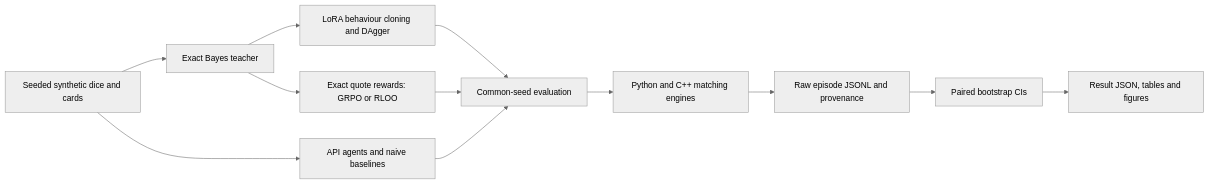
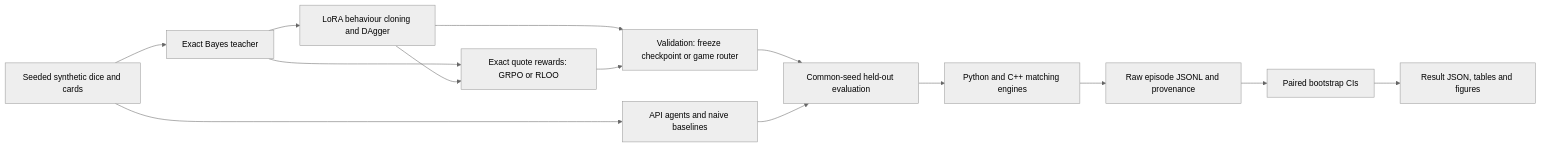
Before and after one commit to ncoprod/makemarketbench: the diagram in README.md, drawn with Mermaid (neutral theme). The commit also changed other lines of this file and 1 other file, not shown here.

````diff
--- a/README.md
+++ b/README.md
@@ -23,14 +23,16 @@
 ```mermaid
 flowchart LR
     S[Seeded synthetic dice and cards] --> B[Exact Bayes teacher]
     S --> A[API agents and naive baselines]
     B --> T[LoRA behaviour cloning and DAgger]
     B --> R[Exact quote rewards: GRPO or RLOO]
-    T --> E[Common-seed evaluation]
-    R --> E
+    T --> R
+    T --> V[Validation: freeze checkpoint or game router]
+    R --> V
+    V --> E[Common-seed held-out evaluation]
     A --> E
     E --> C[Python and C++ matching engines]
     C --> F[Raw episode JSONL and provenance]
     F --> P[Paired bootstrap CIs]
     P --> O[Result JSON, tables and figures]
 ```
````
